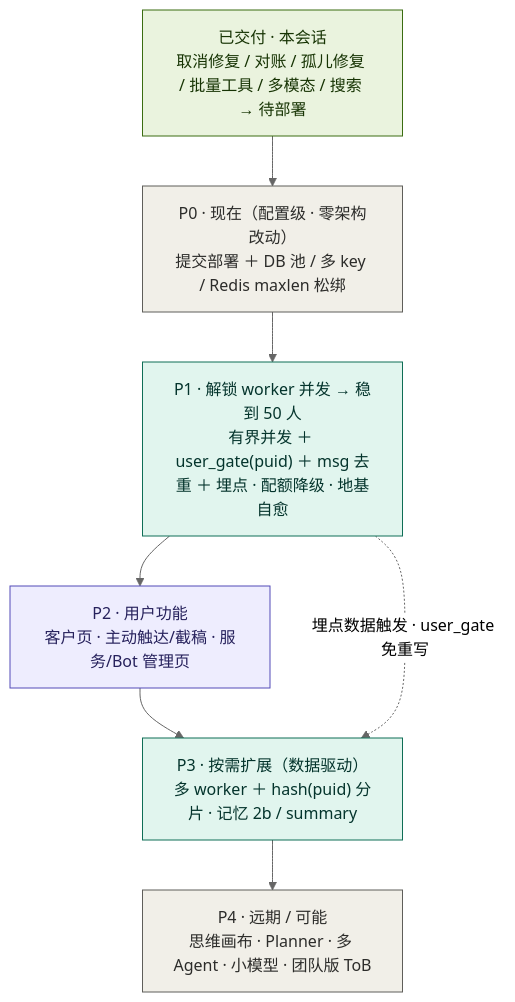
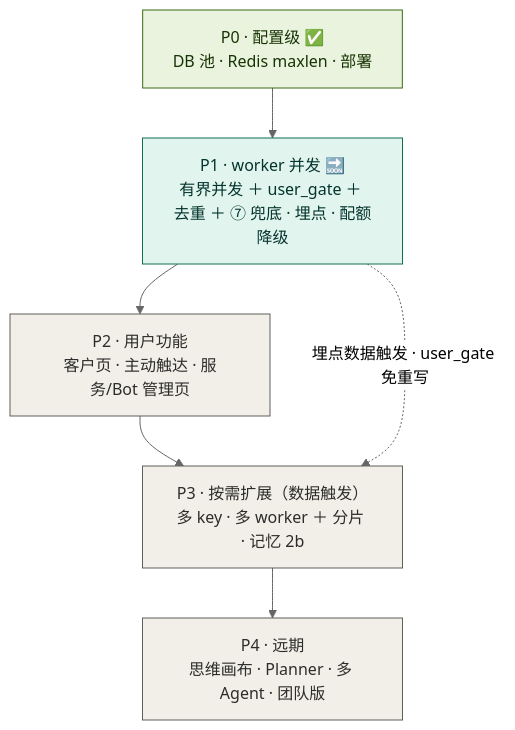
The diagram in docs/并发优化ROADMAP.md (Coffeiz/Gugu-web), drawn with Mermaid (neutral theme) before and after one commit. The commit also changed other lines of this file and 7 other files, not shown here.

First line of the commit message:
feat(worker): P1-① IM worker 串行→有界并发（~6×）+ 并发量可热配

````diff
--- a/docs/并发优化ROADMAP.md
+++ b/docs/并发优化ROADMAP.md
@@ -33,18 +29,16 @@
 ```mermaid
 flowchart TD
-    D["已交付 · 本会话<br/>取消修复 / 对账 / 孤儿修复 / 批量工具 / 多模态 / 搜索 → 待部署"]
-    P0["P0 · 现在（配置级 · 零架构改动）<br/>提交部署 ＋ DB 池 / 多 key / Redis maxlen 松绑"]
-    P1["P1 · 解锁 worker 并发 → 稳到 50 人<br/>有界并发 ＋ user_gate(puid) ＋ msg 去重 ＋ 埋点 · 配额降级 · 地基自愈"]
-    P2["P2 · 用户功能<br/>客户页 · 主动触达/截稿 · 服务/Bot 管理页"]
-    P3["P3 · 按需扩展（数据驱动）<br/>多 worker ＋ hash(puid) 分片 · 记忆 2b / summary"]
-    P4["P4 · 远期 / 可能<br/>思维画布 · Planner · 多 Agent · 小模型 · 团队版 ToB"]
+    P0["P0 · 配置级 ✅<br/>DB 池 · Redis maxlen · 部署"]
+    P1["P1 · worker 并发 🔜<br/>有界并发 ＋ user_gate ＋ 去重 ＋ ⑦ 兜底 · 埋点 · 配额降级"]
+    P2["P2 · 用户功能<br/>客户页 · 主动触达 · 服务/Bot 管理页"]
+    P3["P3 · 按需扩展（数据触发）<br/>多 key · 多 worker ＋ 分片 · 记忆 2b"]
+    P4["P4 · 远期<br/>思维画布 · Planner · 多 Agent · 团队版"]
 
-    D --> P0 --> P1 --> P2 --> P3 --> P4
+    P0 --> P1 --> P2 --> P3 --> P4
     P1 -. 埋点数据触发 · user_gate 免重写 .-> P3
 
     classDef done fill:#EAF3DE,stroke:#3B6D11,color:#173404;
-    classDef now fill:#F1EFE8,stroke:#5F5E5A,color:#2C2C2A;
-    classDef scale fill:#E1F5EE,stroke:#0F6E56,color:#04342C;
-    classDef feat fill:#EEEDFE,stroke:#534AB7,color:#26215C;
-    class D done; class P0,P4 now; class P1,P3 scale; class P2 feat;
+    classDef now fill:#E1F5EE,stroke:#0F6E56,color:#04342C;
+    classDef later fill:#F1EFE8,stroke:#5F5E5A,color:#2C2C2A;
+    class P0 done; class P1 now; class P2,P3,P4 later;
 ```
````
